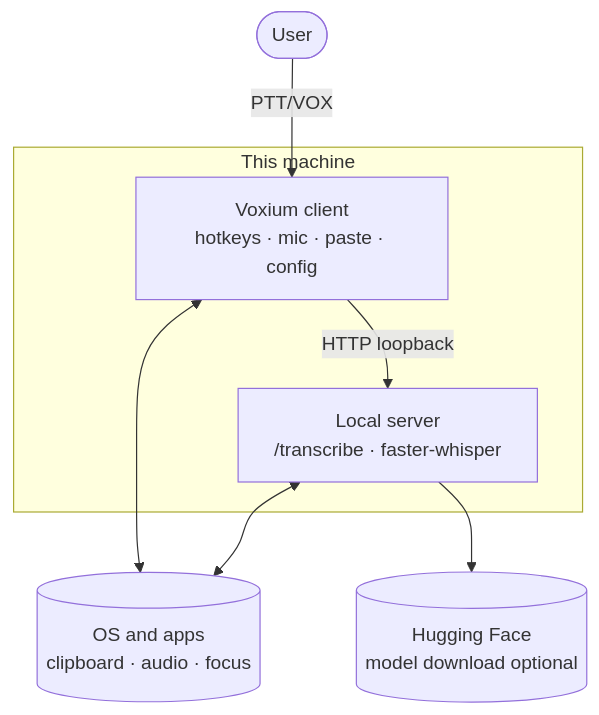
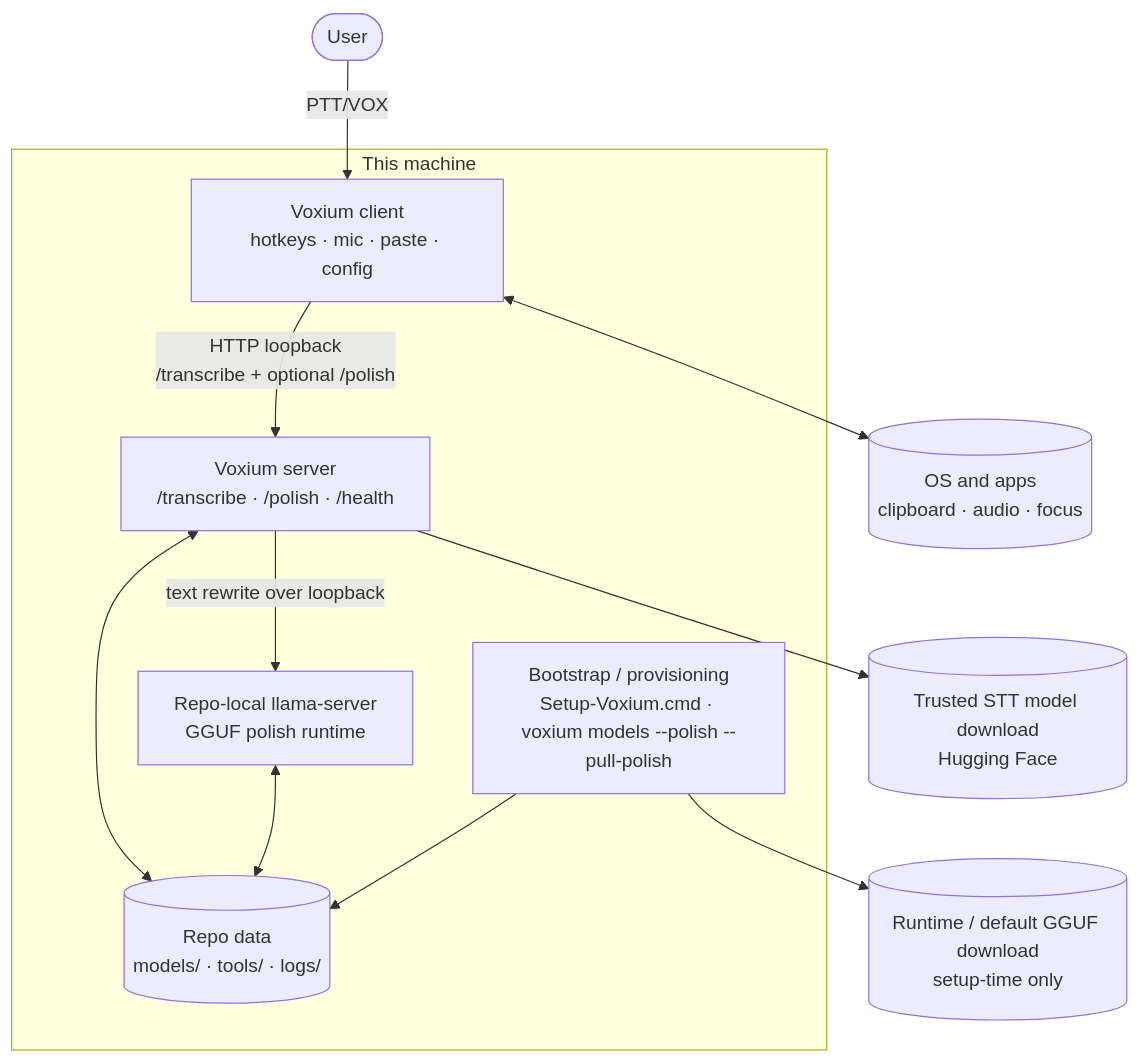
The first of 7 diagrams in docs/architecture.md (chris-piekarski/voxium-ptt), drawn with Mermaid before and after one commit. The commit also changed other lines of this file and 70 other files, not shown here.

````diff
--- a/docs/architecture.md
+++ b/docs/architecture.md
@@ -11,16 +11,24 @@
 ```mermaid
 flowchart TB
   user([User])
   subgraph machine["This machine"]
     voxium[Voxium client\nhotkeys · mic · paste · config]
-    worker[Local server\n/transcribe · faster-whisper]
+    worker[Voxium server\n/transcribe · /polish · /health]
+    polishrt[Repo-local llama-server\nGGUF polish runtime]
+    repodata[(Repo data\nmodels/ · tools/ · logs/)]
+    setup[Bootstrap / provisioning\nSetup-Voxium.cmd · voxium models --polish --pull-polish]
   end
   os[(OS and apps\nclipboard · audio · focus)]
-  hf[(Hugging Face\nmodel download optional)]
+  stt[(Trusted STT model download\nHugging Face)]
+  polishdl[(Runtime / default GGUF download\nsetup-time only)]
 
   user -->|PTT/VOX| voxium
-  voxium -->|HTTP loopback| worker
+  voxium -->|HTTP loopback\n/transcribe + optional /polish| worker
+  worker -->|text rewrite over loopback| polishrt
   voxium <--> os
-  worker <--> os
-  worker --> hf
+  worker <--> repodata
+  polishrt <--> repodata
+  setup --> repodata
+  worker --> stt
+  setup --> polishdl
 ```
````
